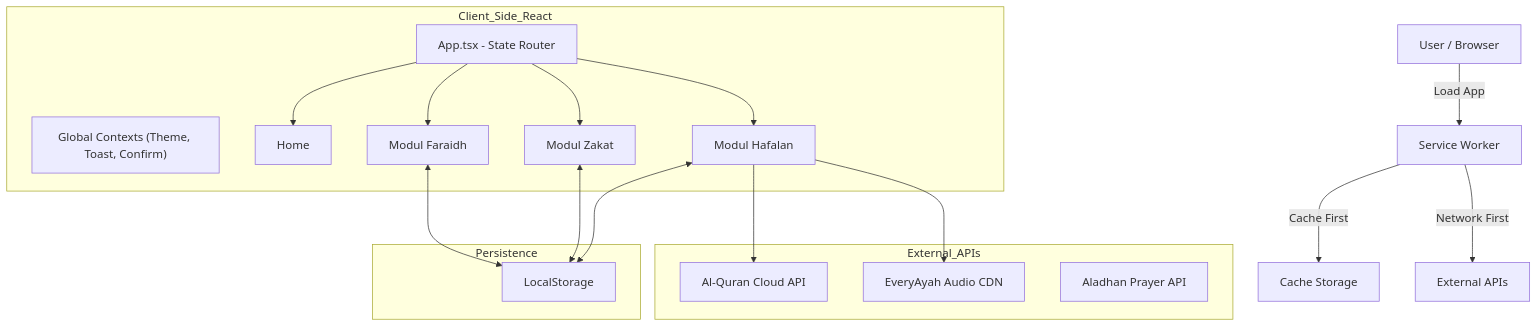
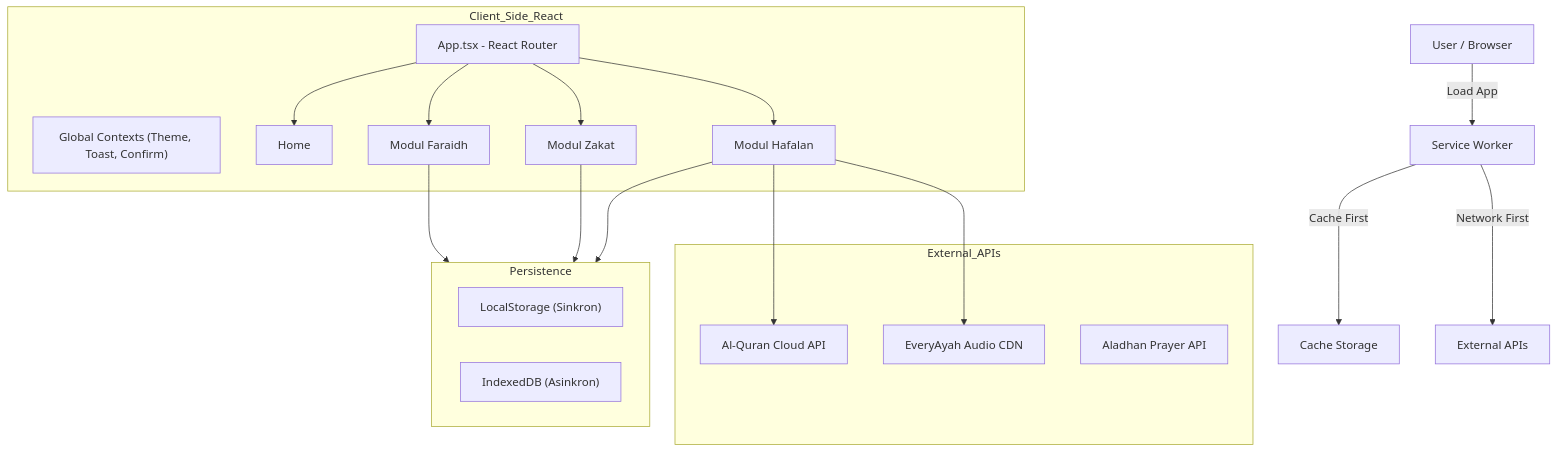
One commit to ariefShaifullah/nizamy changed the first of 2 diagrams in FLOW.md. Above: the diagram before and after it, drawn with Mermaid. The commit also changed other lines of this file and 14 other files, not shown here.

````diff
--- a/FLOW.md
+++ b/FLOW.md
@@ -9,32 +9,34 @@
 ```mermaid
 graph TD
     UserNode["User / Browser"] -->|Load App| SWNode["Service Worker"]
     SWNode -->|Cache First| CacheNode["Cache Storage"]
     SWNode -->|Network First| API_Node["External APIs"]
 
     subgraph External_APIs
         AlquranNode["Al-Quran Cloud API"]
         AudioNode["EveryAyah Audio CDN"]
         PrayerNode["Aladhan Prayer API"]
     end
 
     subgraph Client_Side_React
-        RouterNode["App.tsx - State Router"]
+        RouterNode["App.tsx - React Router"]
         ContextNode["Global Contexts (Theme, Toast, Confirm)"]
 
         RouterNode --> HomeNode["Home"]
         RouterNode --> FaraidhNode["Modul Faraidh"]
         RouterNode --> ZakatNode["Modul Zakat"]
         RouterNode --> HafalanNode["Modul Hafalan"]
     end
 
     subgraph Persistence
-        LSNode["LocalStorage"]
+        direction LR
+        LSNode["LocalStorage (Sinkron)"]
+        IDBNode["IndexedDB (Asinkron)"]
     end
 
-    FaraidhNode <--> LSNode
-    ZakatNode <--> LSNode
-    HafalanNode <--> LSNode
+    FaraidhNode --> LSNode
+    ZakatNode --> LSNode
+    HafalanNode --> IDBNode
     HafalanNode --> AlquranNode
     HafalanNode --> AudioNode
 ```
````
